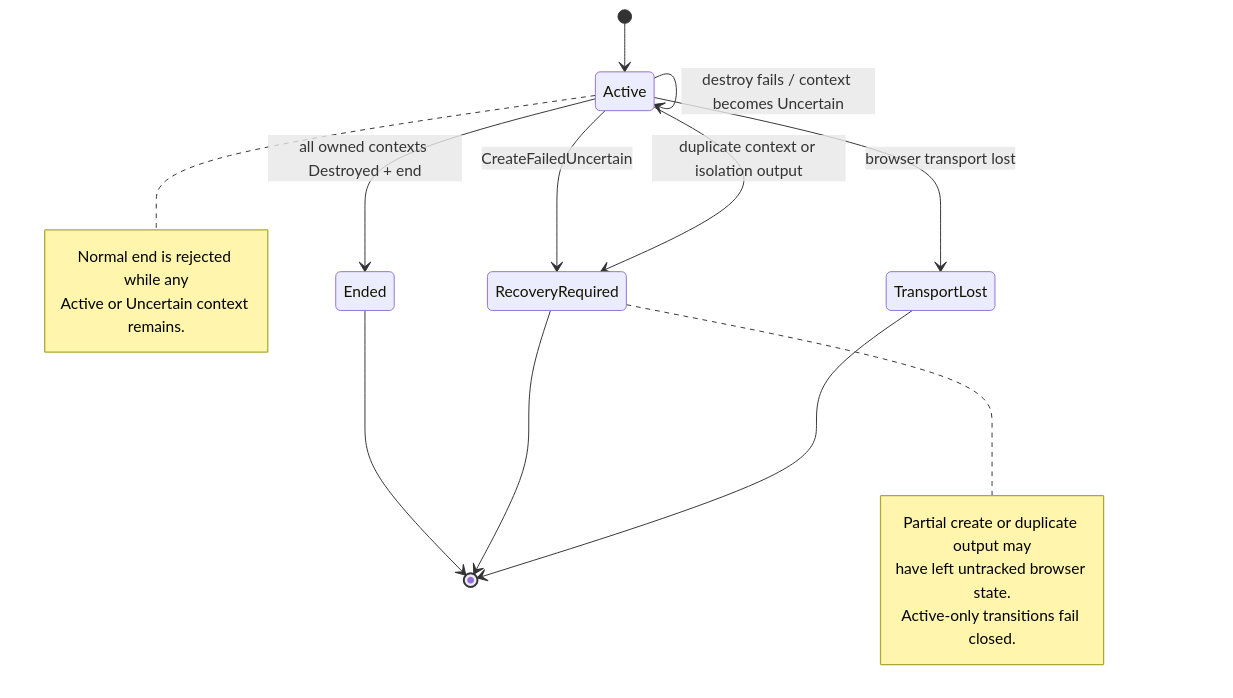
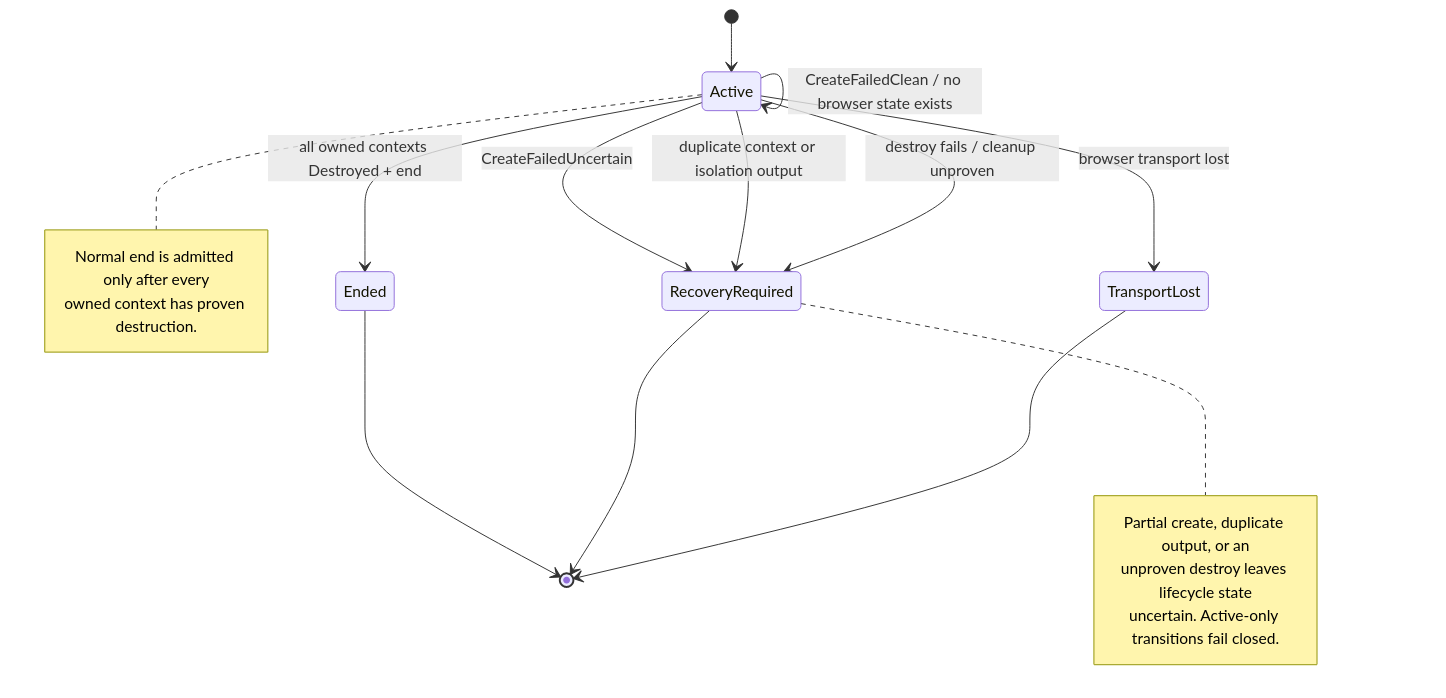
The second of 2 diagrams in docs/uml/browser-session-lifecycle-authority.md (ContextualWisdomLab/OriginWeave), drawn with Mermaid before and after one commit.

Commit message:
docs: quarantine unproven Browser Session destruction

````diff
--- a/docs/uml/browser-session-lifecycle-authority.md
+++ b/docs/uml/browser-session-lifecycle-authority.md
@@ -47,27 +47,27 @@
 ```mermaid
 stateDiagram-v2
     [*] --> Active
     Active --> Active: fresh isolation + context created / authority minted
     Active --> Active: context epoch advanced / prior authority stale
     Active --> Active: exact owned isolation destruction proved
     Active --> Active: CreateFailedClean / no browser state exists
     Active --> RecoveryRequired: CreateFailedUncertain
     Active --> RecoveryRequired: duplicate context or isolation output
-    Active --> Active: destroy fails / context becomes Uncertain
+    Active --> RecoveryRequired: destroy fails / cleanup unproven
     Active --> Ended: all owned contexts Destroyed + end
     Active --> TransportLost: browser transport lost
     Ended --> [*]
     RecoveryRequired --> [*]
     TransportLost --> [*]
 
     note right of Active
-      Normal end is rejected while any
-      Active or Uncertain context remains.
+      Normal end is admitted only after every
+      owned context has proven destruction.
     end note
 
     note right of RecoveryRequired
-      Partial create or duplicate output may
-      have left untracked browser state.
-      Active-only transitions fail closed.
+      Partial create, duplicate output, or an
+      unproven destroy leaves lifecycle state
+      uncertain. Active-only transitions fail closed.
     end note
 ```
````
